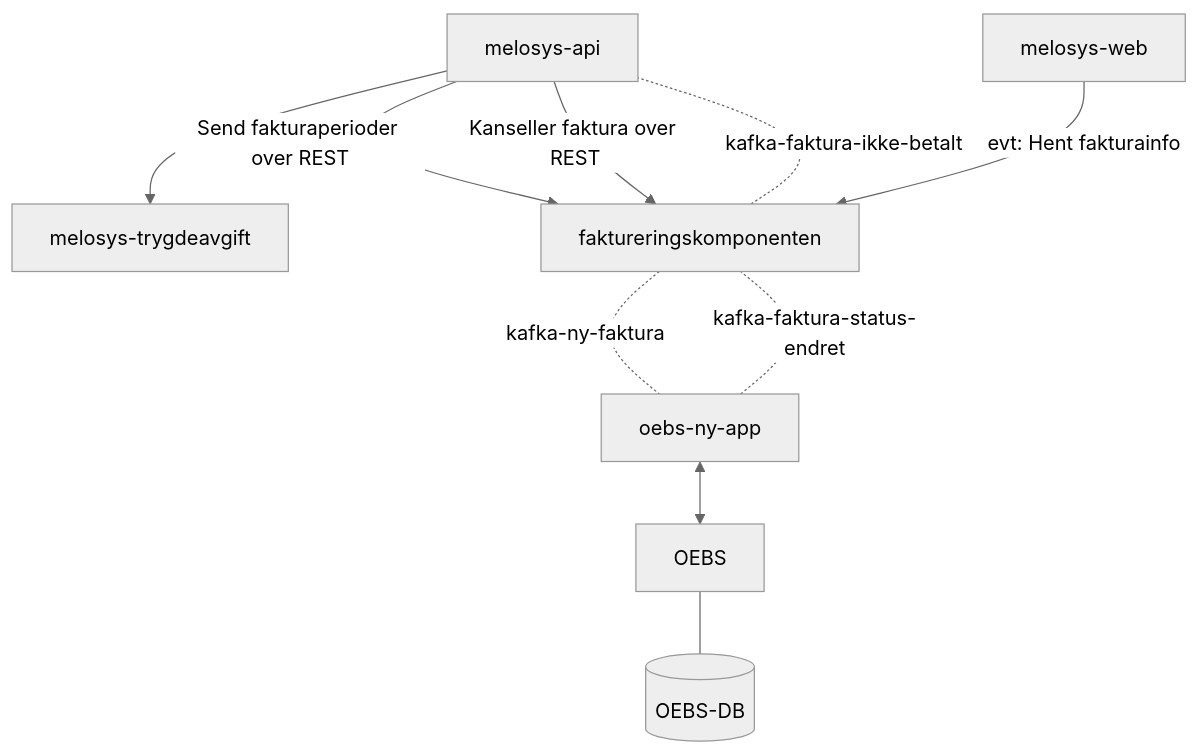
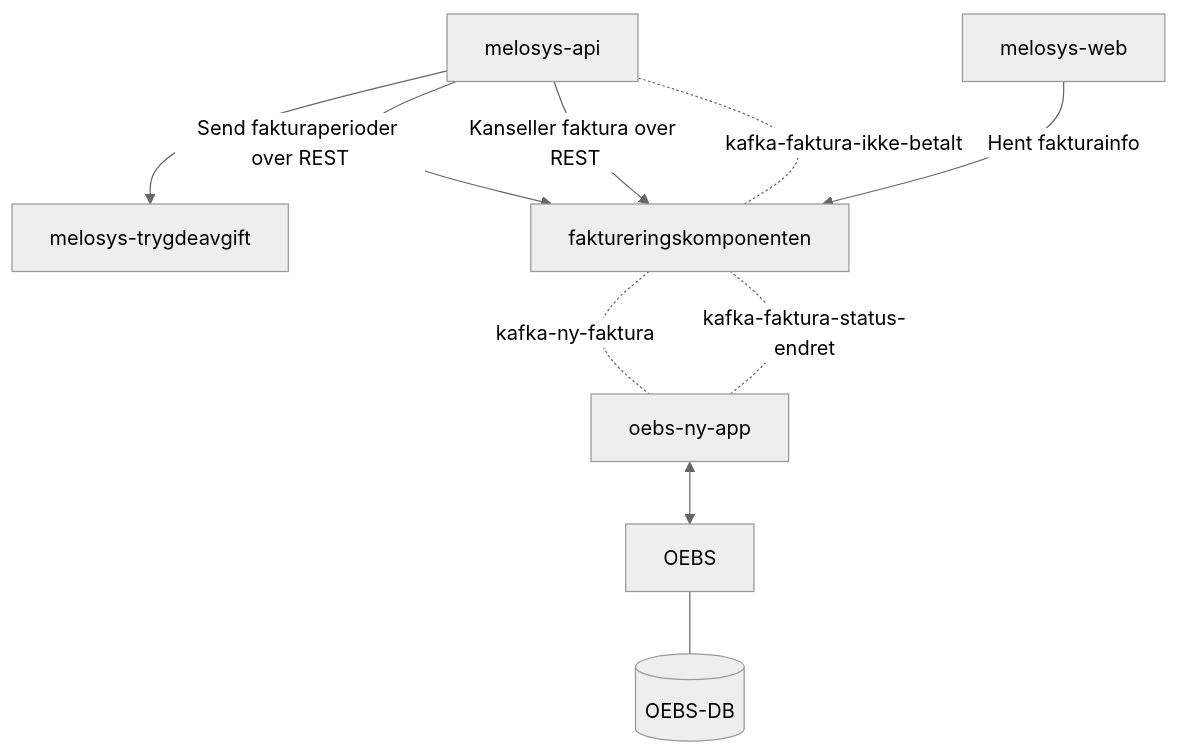
Before and after one commit to navikt/faktureringskomponenten: the first of 2 diagrams in README.md, drawn with Mermaid (neutral theme). The commit also changed other lines of this file and 1 other file, not shown here.

````diff
--- a/README.md
+++ b/README.md
@@ -79,12 +64,12 @@
 ```mermaid
 flowchart TB
     melosys-api --> melosys-trygdeavgift
     melosys-api --Send fakturaperioder over REST --> faktureringskomponenten
-    melosys-api --Kanseller faktura over REST --> faktureringskomponenten
-    melosys-web -- evt: Hent fakturainfo --> faktureringskomponenten
+    melosys-api -- Kanseller faktura over REST --> faktureringskomponenten
+    melosys-web -- Hent fakturainfo --> faktureringskomponenten
     faktureringskomponenten -. kafka-ny-faktura -.- oebs-ny-app
     oebs-ny-app -. kafka-faktura-status-endret -.- faktureringskomponenten
     faktureringskomponenten -. kafka-faktura-ikke-betalt -.- melosys-api
     oebs-ny-app<-->OEBS
     OEBS---OEBS-DB[(OEBS-DB)]
 ```
````
